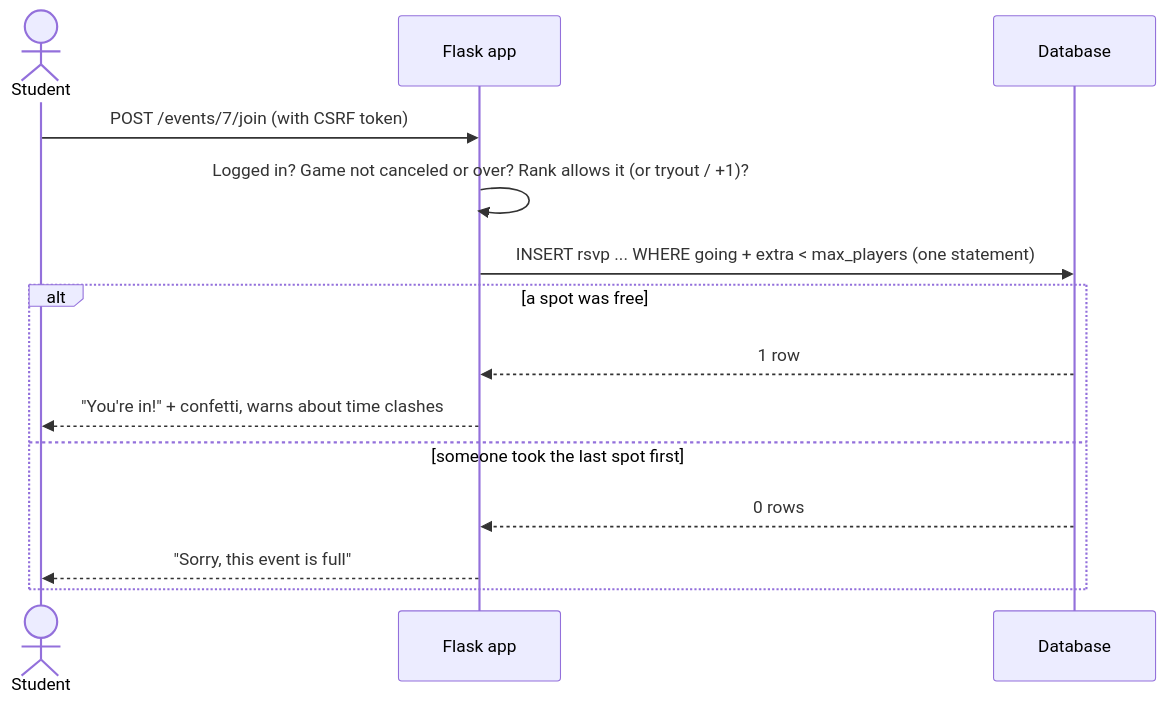
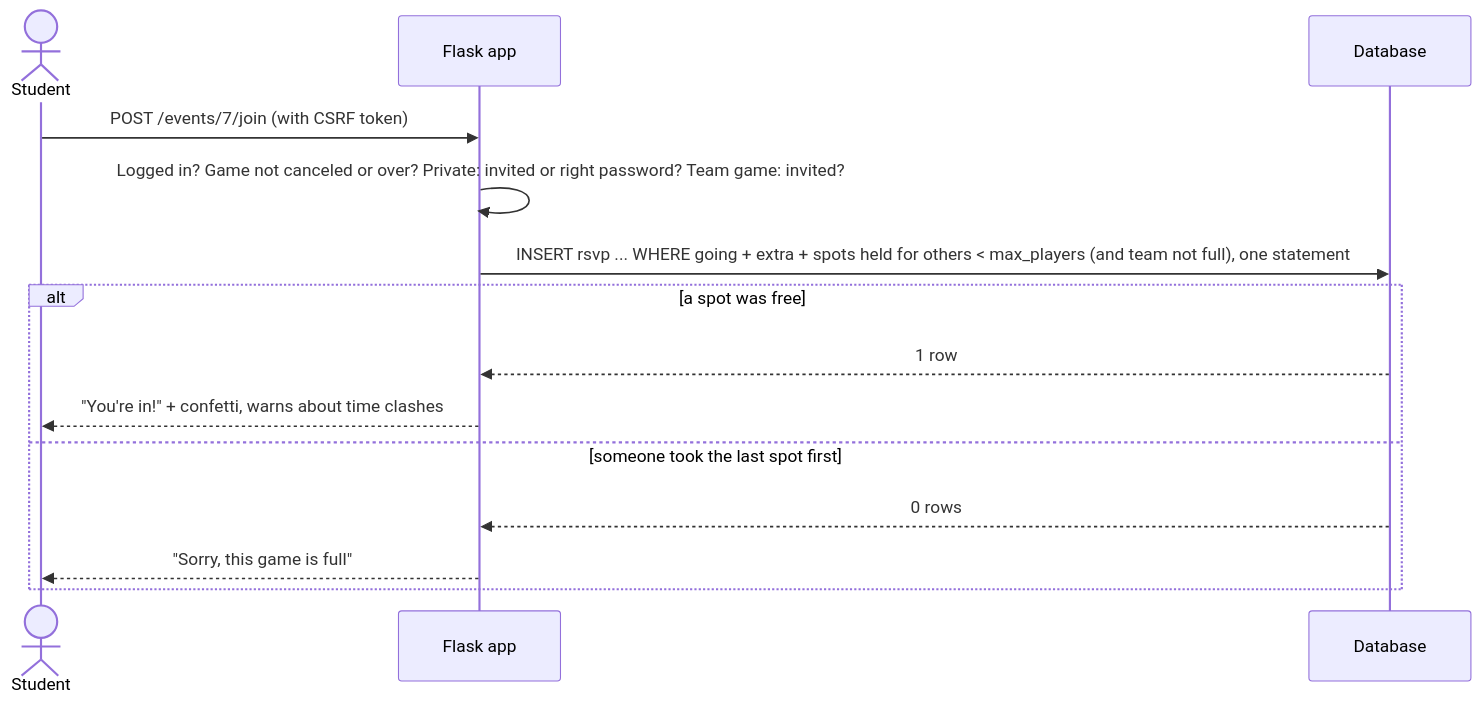
Before and after one commit to ABkulog/sportive-circle: the fourth of 9 diagrams in docs/system-map.md, drawn with Mermaid. The commit also changed other lines of this file and 8 other files, not shown here.

````diff
--- a/docs/system-map.md
+++ b/docs/system-map.md
@@ -175,16 +189,16 @@
 ```mermaid
 sequenceDiagram
     actor S as Student
     participant A as Flask app
     participant D as Database
     S->>A: POST /events/7/join (with CSRF token)
-    A->>A: Logged in? Game not canceled or over? Rank allows it (or tryout / +1)?
-    A->>D: INSERT rsvp ... WHERE going + extra < max_players (one statement)
+    A->>A: Logged in? Game not canceled or over? Private: invited or right password? Team game: invited?
+    A->>D: INSERT rsvp ... WHERE going + extra + spots held for others < max_players (and team not full), one statement
     alt a spot was free
         D-->>A: 1 row
         A-->>S: "You're in!" + confetti, warns about time clashes
     else someone took the last spot first
         D-->>A: 0 rows
-        A-->>S: "Sorry, this event is full"
+        A-->>S: "Sorry, this game is full"
     end
 ```
````
